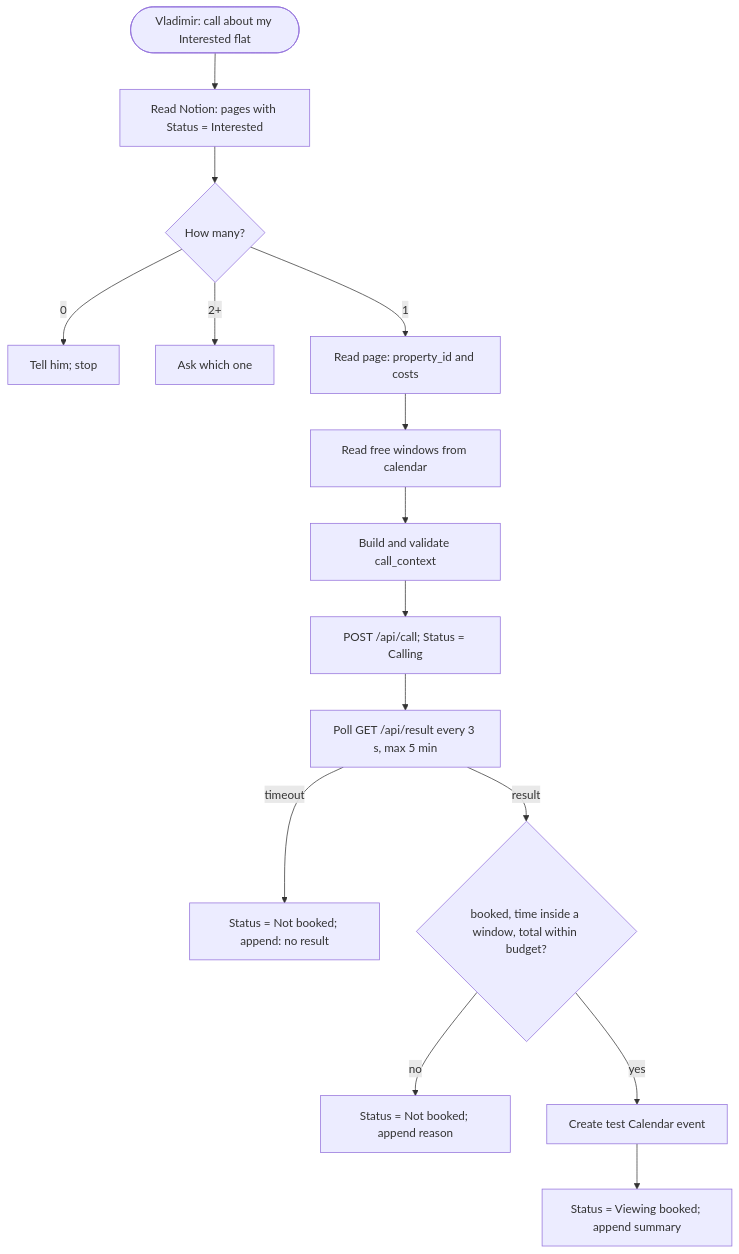
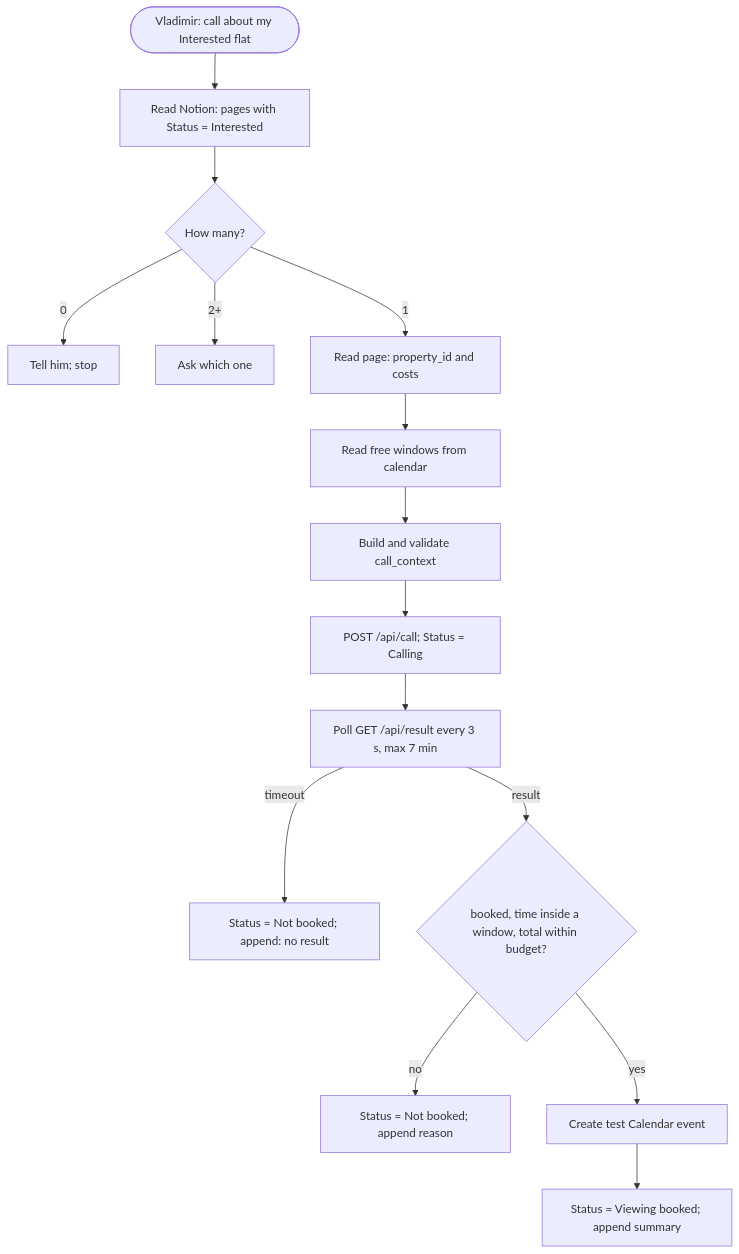
Before and after one commit to Skilux/domovoy: the diagram in docs/prd/skill.md, drawn with Mermaid. The commit also changed 5 other files, not shown here.

First line of the commit message:
skill: resume applies a result that arrives after a run timeout; poll default 420 s; tool timeout line in SKILL.md

````diff
--- a/docs/prd/skill.md
+++ b/docs/prd/skill.md
@@ -21,17 +21,17 @@
 ```mermaid
 flowchart TD
   U([Vladimir: call about my Interested flat]) --> A[Read Notion: pages with Status = Interested]
   A --> B{How many?}
   B -- 0 --> B0[Tell him; stop]
   B -- 2+ --> B2[Ask which one]
   B -- 1 --> C[Read page: property_id and costs]
   C --> D[Read free windows from calendar]
   D --> E[Build and validate call_context]
   E --> F[POST /api/call; Status = Calling]
-  F --> G[Poll GET /api/result every 3 s, max 5 min]
+  F --> G[Poll GET /api/result every 3 s, max 7 min]
   G -- timeout --> N[Status = Not booked; append: no result]
   G -- result --> H{booked, time inside a window, total within budget?}
   H -- no --> N2[Status = Not booked; append reason]
   H -- yes --> I[Create test Calendar event]
   I --> J[Status = Viewing booked; append summary]
 ```
````
